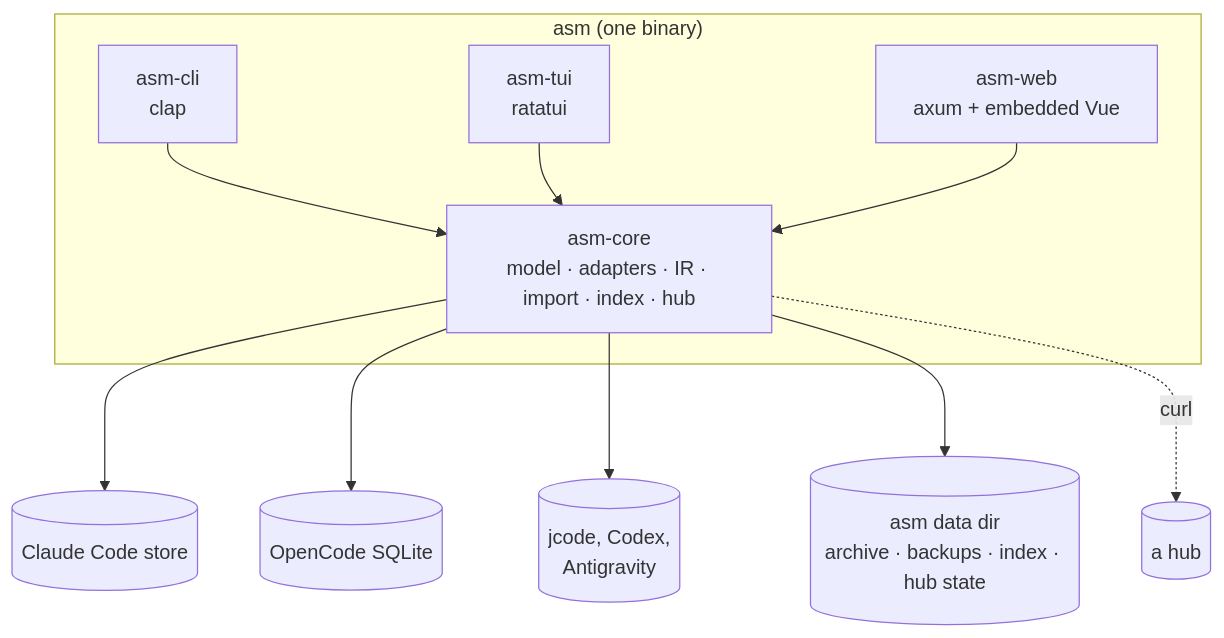
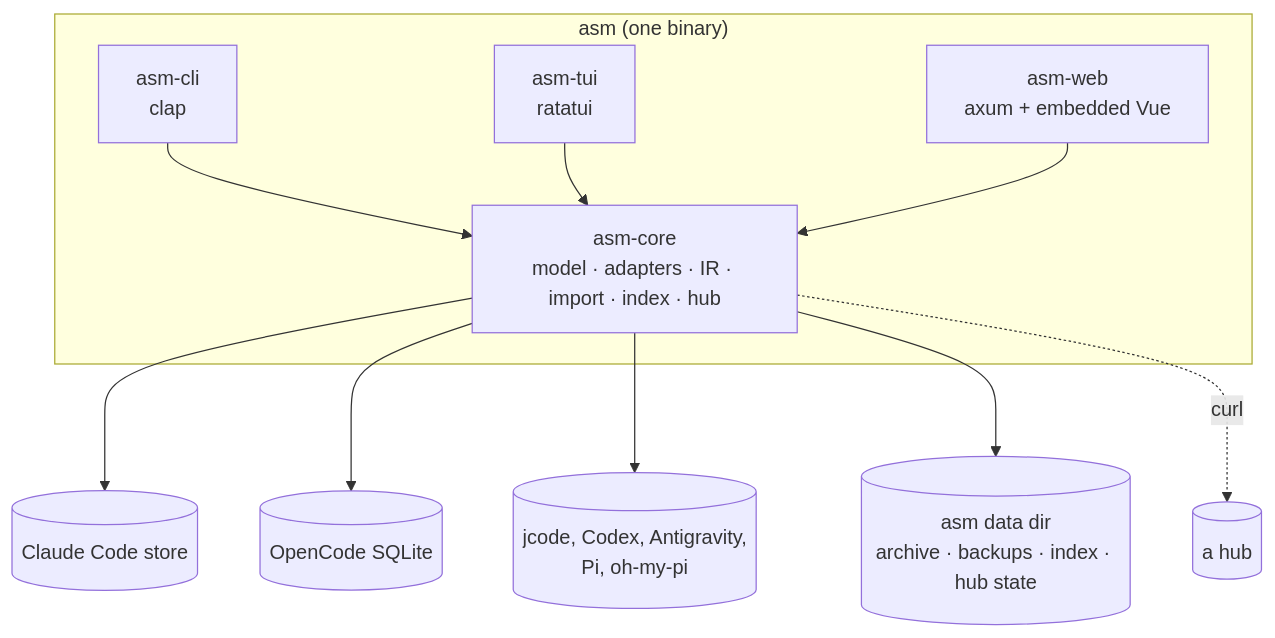
One commit to samishal1998/agent-sessions-manager changed the diagram in site/src/content/docs/concepts/architecture.md. Above: the diagram before and after it, drawn with Mermaid. The commit also changed 62 other files, not shown here.

````diff
--- a/site/src/content/docs/concepts/architecture.md
+++ b/site/src/content/docs/concepts/architecture.md
@@ -6,14 +6,14 @@
 ```mermaid
 flowchart TB
   subgraph bin["asm (one binary)"]
     CLI["asm-cli<br/>clap"] --> CORE
     TUI["asm-tui<br/>ratatui"] --> CORE
     WEB["asm-web<br/>axum + embedded Vue"] --> CORE
     CORE["asm-core<br/>model · adapters · IR · import · index · hub"]
   end
   CORE --> A1[("Claude Code store")]
   CORE --> A2[("OpenCode SQLite")]
-  CORE --> A3[("jcode, Codex,<br/>Antigravity")]
+  CORE --> A3[("jcode, Codex, Antigravity,<br/>Pi, oh-my-pi")]
   CORE --> DATA[("asm data dir<br/>archive · backups · index · hub state")]
   CORE -. "curl" .-> HUB[("a hub")]
 ```
````
